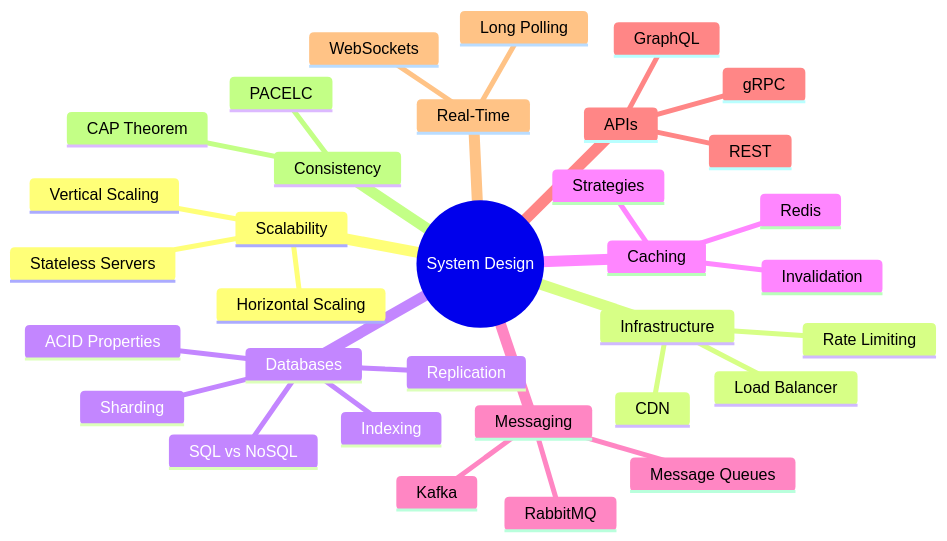
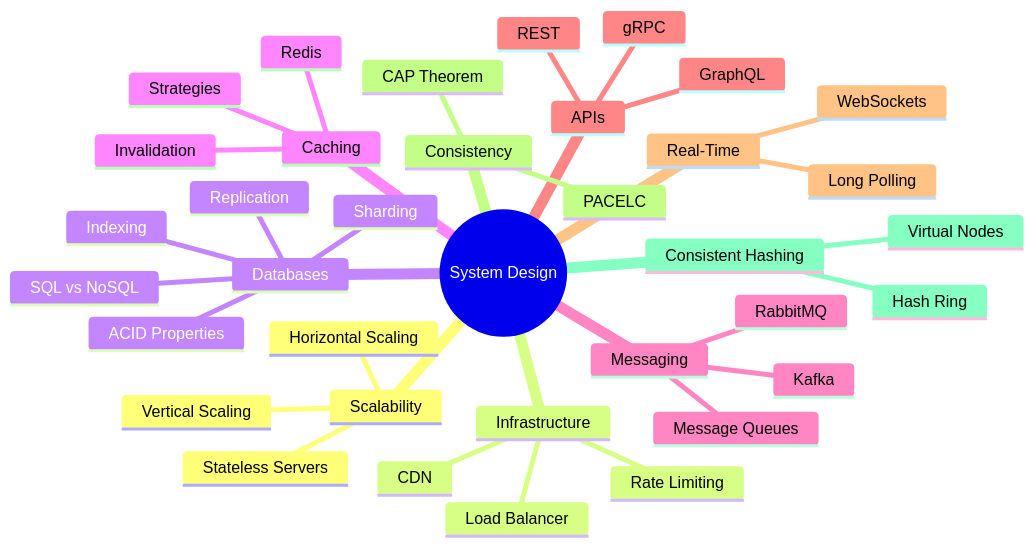
The diagram in README.md (Rahul7036/System_Design_Notes), drawn with Mermaid before and after one commit. The commit also changed other lines of this file and 19 other files, not shown here.

````diff
--- a/README.md
+++ b/README.md
@@ -79,36 +84,39 @@
 ```mermaid
 mindmap
   root((System Design))
     Scalability
       Vertical Scaling
       Horizontal Scaling
       Stateless Servers
     Infrastructure
       Load Balancer
       CDN
       Rate Limiting
     Databases
       SQL vs NoSQL
       ACID Properties
       Indexing
       Sharding
       Replication
     Caching
       Redis
       Strategies
       Invalidation
     Messaging
       Message Queues
       Kafka
       RabbitMQ
     APIs
       REST
       GraphQL
       gRPC
     Real-Time
       WebSockets
       Long Polling
     Consistency
       CAP Theorem
       PACELC
+    Consistent Hashing
+      Hash Ring
+      Virtual Nodes
 ```
````
